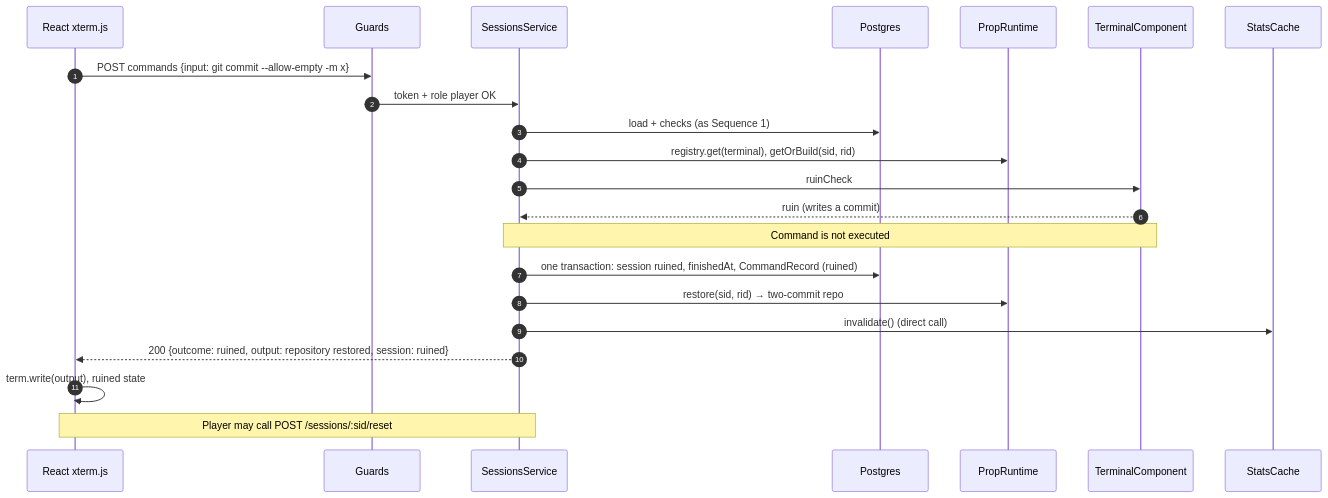
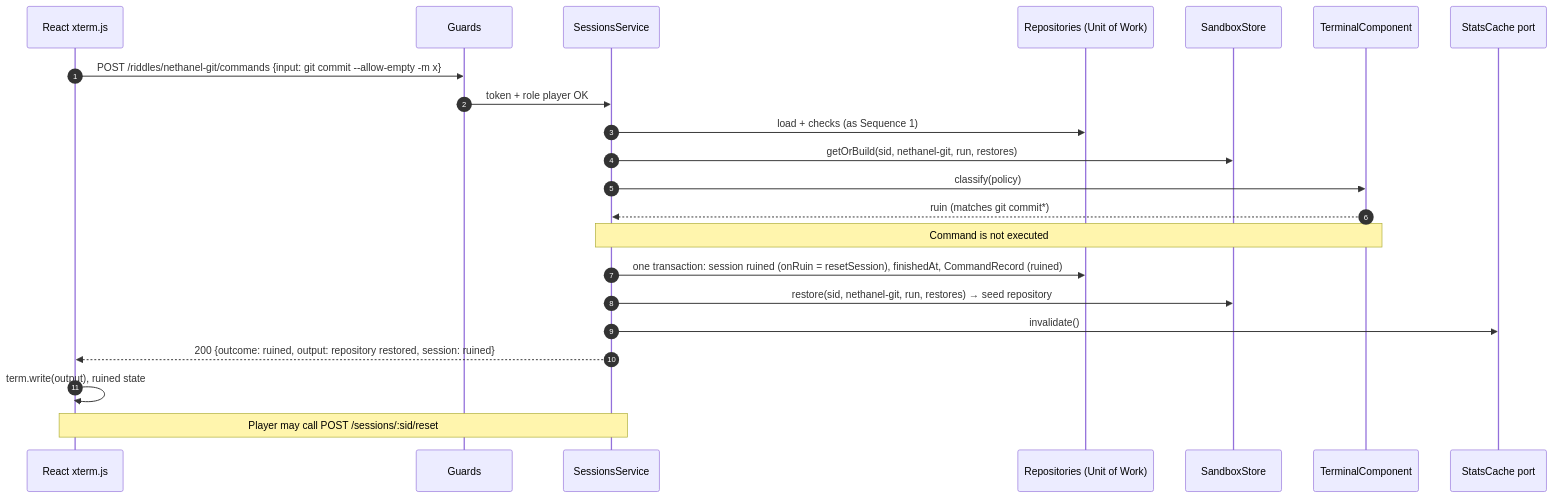
Before and after one commit to edenbuky/escapeRoom: the seventh of 9 diagrams in DESIGN.md, drawn with Mermaid. The commit also changed other lines of this file, not shown here.

First line of the commit message:
Redefine riddles as data over a component factory.

````diff
--- a/DESIGN.md
+++ b/DESIGN.md
@@ -560,25 +698,25 @@
 ```mermaid
 sequenceDiagram
   autonumber
   participant UI as React xterm.js
   participant Auth as Guards
   participant Svc as SessionsService
-  participant PG as Postgres
-  participant Prop as PropRuntime
+  participant Repo as Repositories (Unit of Work)
+  participant Store as SandboxStore
   participant Git as TerminalComponent
-  participant Stats as StatsCache
+  participant Stats as StatsCache port
 
-  UI->>Auth: POST commands {input: git commit --allow-empty -m x}
+  UI->>Auth: POST /riddles/nethanel-git/commands {input: git commit --allow-empty -m x}
   Auth->>Svc: token + role player OK
-  Svc->>PG: load + checks (as Sequence 1)
-  Svc->>Prop: registry.get(terminal), getOrBuild(sid, rid)
-  Svc->>Git: ruinCheck
-  Git-->>Svc: ruin (writes a commit)
+  Svc->>Repo: load + checks (as Sequence 1)
+  Svc->>Store: getOrBuild(sid, nethanel-git, run, restores)
+  Svc->>Git: classify(policy)
+  Git-->>Svc: ruin (matches git commit*)
   Note over Svc,Git: Command is not executed
-  Svc->>PG: one transaction: session ruined, finishedAt, CommandRecord (ruined)
-  Svc->>Prop: restore(sid, rid) → two-commit repo
-  Svc->>Stats: invalidate() (direct call)
+  Svc->>Repo: one transaction: session ruined (onRuin = resetSession), finishedAt, CommandRecord (ruined)
+  Svc->>Store: restore(sid, nethanel-git, run, restores) → seed repository
+  Svc->>Stats: invalidate()
   Svc-->>UI: 200 {outcome: ruined, output: repository restored, session: ruined}
   UI->>UI: term.write(output), ruined state
   Note over UI,Svc: Player may call POST /sessions/:sid/reset
 ```
````
